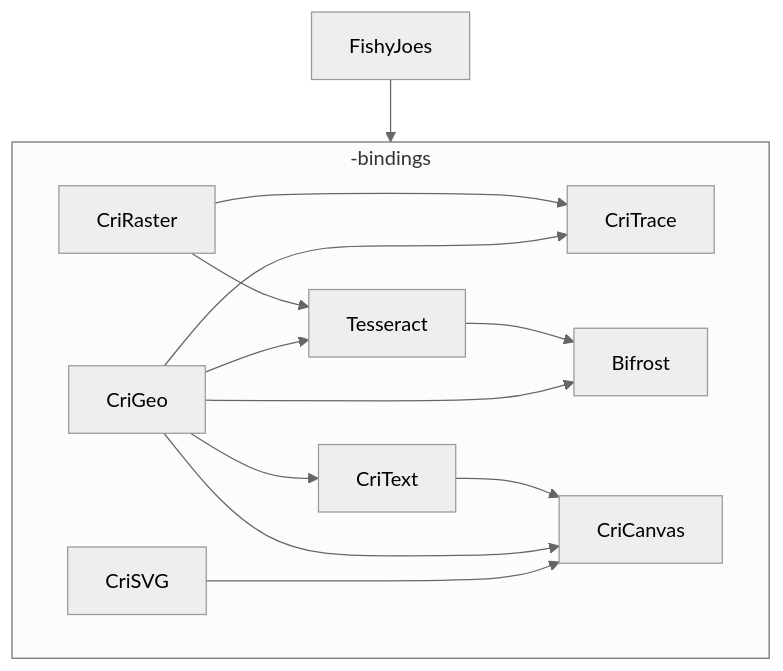
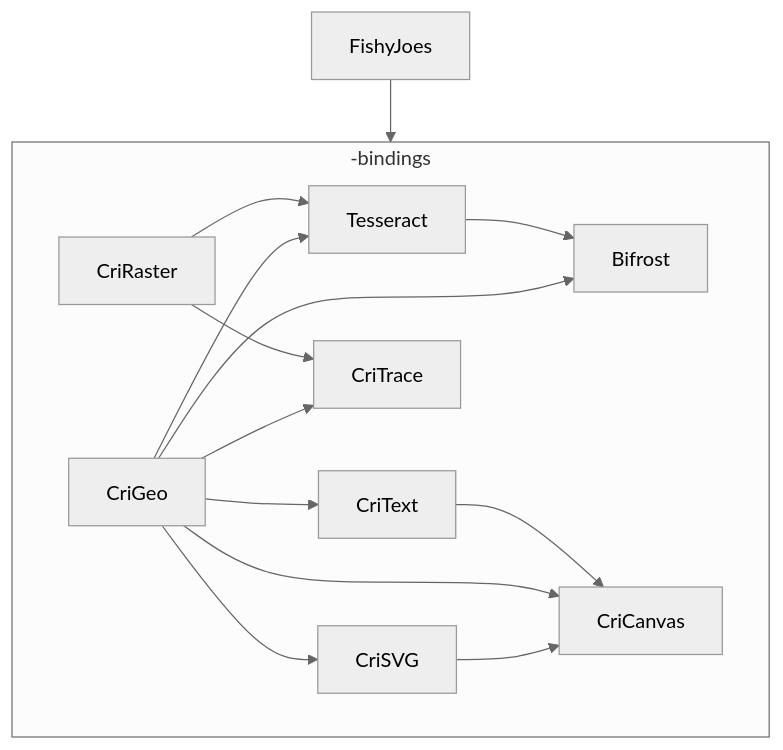
Before and after one commit to cricut/FishyJoes: the diagram in documentation/downstream-repo-dependencies.md, drawn with Mermaid (neutral theme).

Commit message:
Mark CriGeo as a dependency of CriSVG in diagram

````diff
--- a/documentation/downstream-repo-dependencies.md
+++ b/documentation/downstream-repo-dependencies.md
@@ -1,12 +1,13 @@
 ```mermaid
 graph TD;
 FishyJoes --> -bindings;
 subgraph -bindings
 CriGeo --> CriText;
-CriGeo & CriRaster ---> CriTrace;
+CriGeo --> CriSVG;
+CriGeo & CriRaster --> CriTrace;
 CriGeo & CriRaster  --> Tesseract;
 CriGeo & Tesseract --> Bifrost;
-CriSVG ---> CriCanvas;
+CriSVG --> CriCanvas;
 CriGeo & CriText --> CriCanvas;
 end
 ```
````
